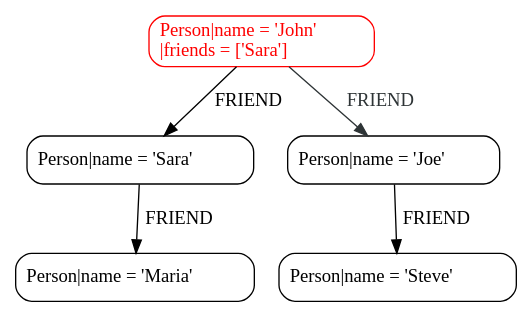
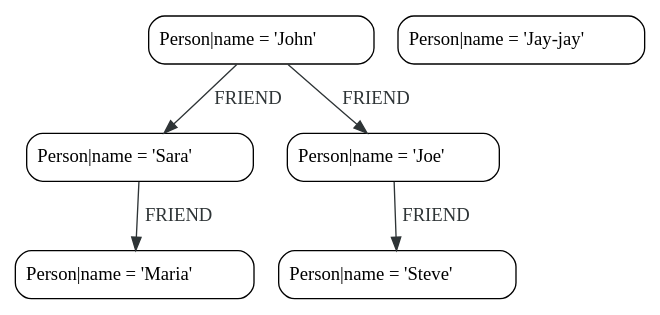
Before and after one commit to neo4j/docs-cypher: the fourth of 6 diagrams in modules/ROOT/pages/clauses/clause-composition.adoc, drawn with Graphviz. The commit also changed other lines of this file, not shown here.

```diff
--- a/modules/ROOT/pages/clauses/clause-composition.adoc
+++ b/modules/ROOT/pages/clauses/clause-composition.adoc
@@ -817,36 +509,43 @@
 [graphviz]
 ----
 digraph L { node [shape=record style=rounded];
 N0 [
-color = "red"
-fontcolor = "red"
-label = "{Person\|name = \'John\'\l\|friends = ['Sara']\l}"
+label = "{Person\|name = \'John\'\l}"
 ]
 N0 -> N3 [
+color = "#2e3436"
+fontcolor = "#2e3436"
 label = "FRIEND\n"
 ]
 N0 -> N1 [
 color = "#2e3436"
 fontcolor = "#2e3436"
 label = "FRIEND\n"
 ]
 N1 [
 label = "{Person\|name = \'Joe\'\l}"
 ]
 N1 -> N2 [
+color = "#2e3436"
+fontcolor = "#2e3436"
 label = "FRIEND\n"
 ]
 N2 [
 label = "{Person\|name = \'Steve\'\l}"
 ]
 N3 [
 label = "{Person\|name = \'Sara\'\l}"
 ]
 N3 -> N4 [
+color = "#2e3436"
+fontcolor = "#2e3436"
 label = "FRIEND\n"
 ]
 N4 [
 label = "{Person\|name = \'Maria\'\l}"
 ]
+N5 [
+label = "{Person\|name = \'Jay-jay\'\l}"
+]
 }
 ----
```
